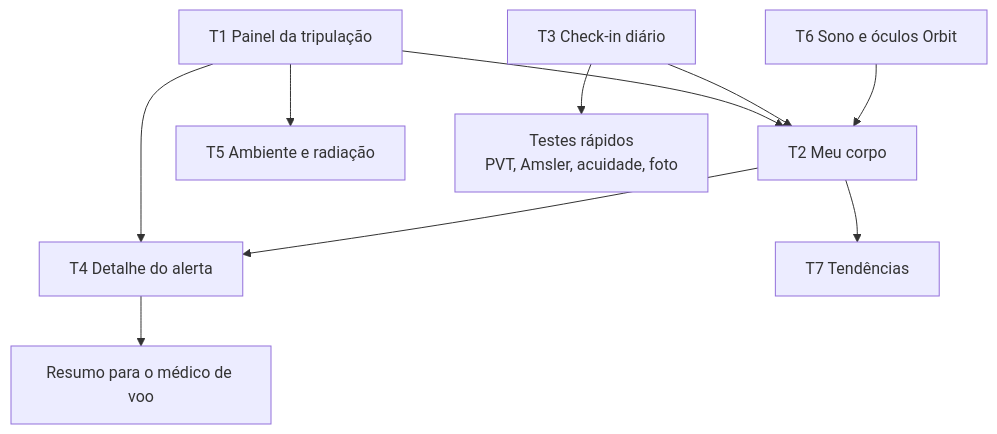
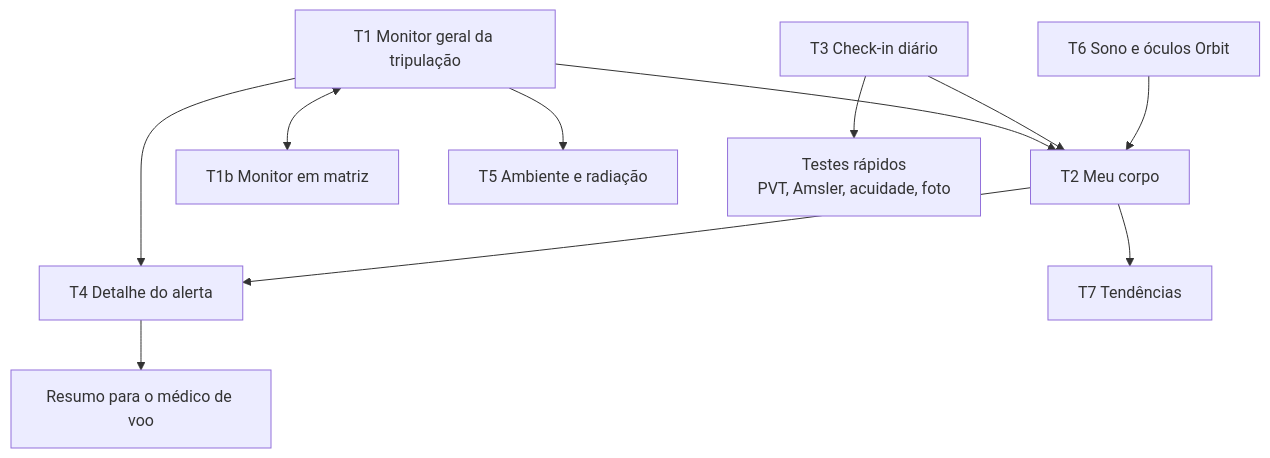
Before and after one commit to edwardmguel/orbit-saude-astronautas: the diagram in docs/07-design-interface.md, drawn with Mermaid. The commit also changed other lines of this file and 5 other files, not shown here.

First line of the commit message:
Monitor geral da tripulação como tela inicial

````diff
--- a/docs/07-design-interface.md
+++ b/docs/07-design-interface.md
@@ -32,12 +33,13 @@
 ```mermaid
 flowchart TD
-  T1["T1 Painel da tripulação"] --> T2["T2 Meu corpo"]
+  T1["T1 Monitor geral da tripulação"] --> T2["T2 Meu corpo"]
+  T1 <--> T1b["T1b Monitor em matriz"]
   T1 --> T4["T4 Detalhe do alerta"]
   T1 --> T5["T5 Ambiente e radiação"]
   T2 --> T4
   T2 --> TT["T7 Tendências"]
   T3["T3 Check-in diário"] --> T2
   T3 --> TESTES["Testes rápidos\nPVT, Amsler, acuidade, foto"]
   T6["T6 Sono e óculos Orbit"] --> T2
   T4 --> RES["Resumo para o médico de voo"]
 ```
````
